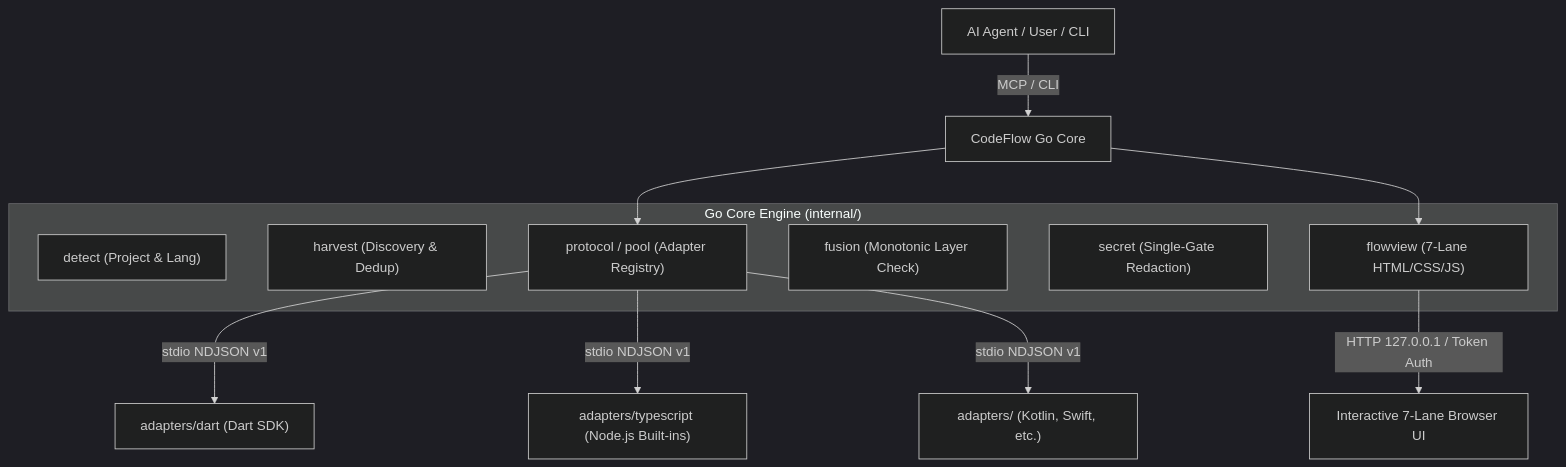
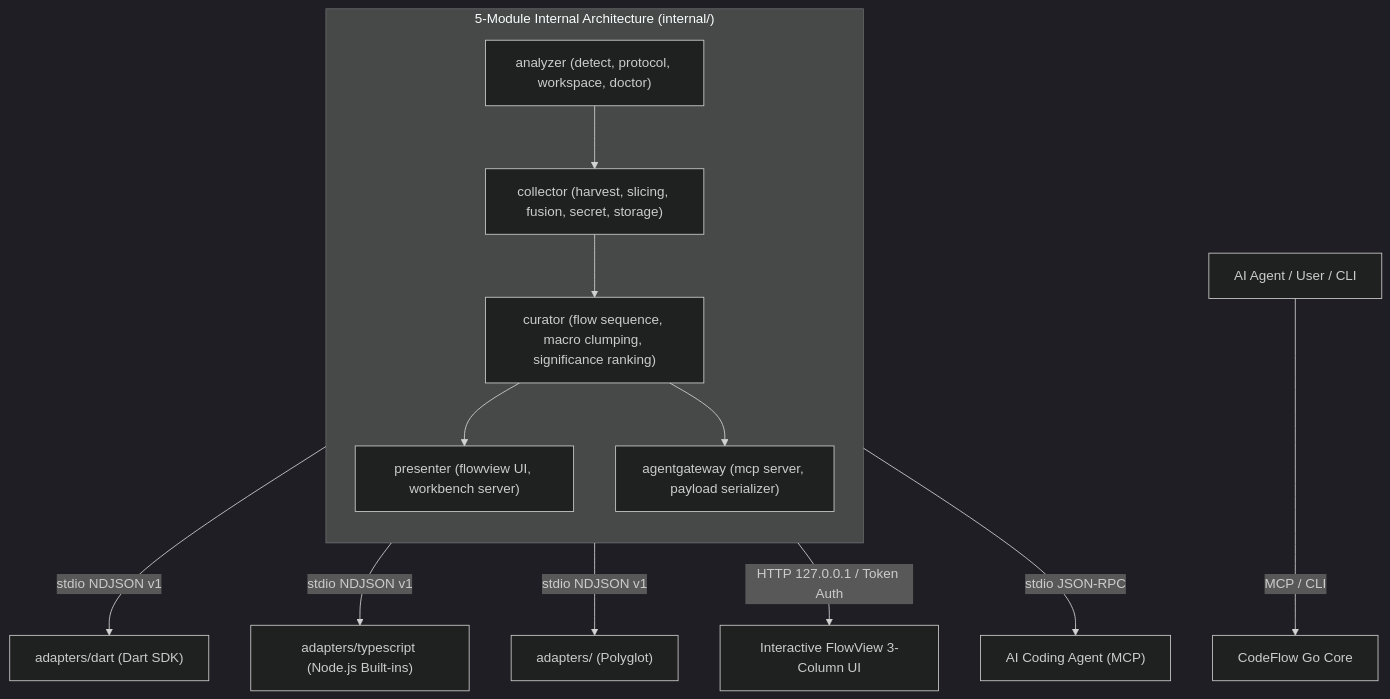
One commit to cutehackers/codeflow changed the diagram in docs/PROJECT.md. Above: the diagram before and after it, drawn with Mermaid (dark theme). The commit also changed 426 other files, not shown here.

Commit message:
refactor(architecture): prune legacy artifacts and modularize internal into 5 core domains

````diff
--- a/docs/PROJECT.md
+++ b/docs/PROJECT.md
@@ -95,21 +95,25 @@
 ```mermaid
 graph TD
     Client["AI Agent / User / CLI"] -->|MCP / CLI| Core["CodeFlow Go Core"]
     
-    subgraph Go Core Engine ["Go Core Engine (internal/)"]
-        Detect["detect (Project & Lang)"]
-        Harvest["harvest (Discovery & Dedup)"]
-        Pool["protocol / pool (Adapter Registry)"]
-        Fusion["fusion (Monotonic Layer Check)"]
-        Secret["secret (Single-Gate Redaction)"]
-        FlowView["flowview (7-Lane HTML/CSS/JS)"]
+    subgraph Modules ["5-Module Internal Architecture (internal/)"]
+        direction TB
+        M1["analyzer (detect, protocol, workspace, doctor)"]
+        M2["collector (harvest, slicing, fusion, secret, storage)"]
+        M3["curator (flow sequence, macro clumping, significance ranking)"]
+        M4["presenter (flowview UI, workbench server)"]
+        M5["agentgateway (mcp server, payload serializer)"]
+        
+        M1 --> M2
+        M2 --> M3
+        M3 --> M4
+        M3 --> M5
     end
     
-    Core --> Pool
-    Pool -->|stdio NDJSON v1| DartAdapter["adapters/dart (Dart SDK)"]
-    Pool -->|stdio NDJSON v1| TSAdapter["adapters/typescript (Node.js Built-ins)"]
-    Pool -->|stdio NDJSON v1| OtherAdapters["adapters/<lang> (Kotlin, Swift, etc.)"]
+    M1 -->|stdio NDJSON v1| DartAdapter["adapters/dart (Dart SDK)"]
+    M1 -->|stdio NDJSON v1| TSAdapter["adapters/typescript (Node.js Built-ins)"]
+    M1 -->|stdio NDJSON v1| OtherAdapters["adapters/<lang> (Polyglot)"]
     
-    Core --> FlowView
-    FlowView -->|HTTP 127.0.0.1 / Token Auth| Browser["Interactive 7-Lane Browser UI"]
+    M4 -->|HTTP 127.0.0.1 / Token Auth| Browser["Interactive FlowView 3-Column UI"]
+    M5 -->|stdio JSON-RPC| AIAgent["AI Coding Agent (MCP)"]
 ```
````
